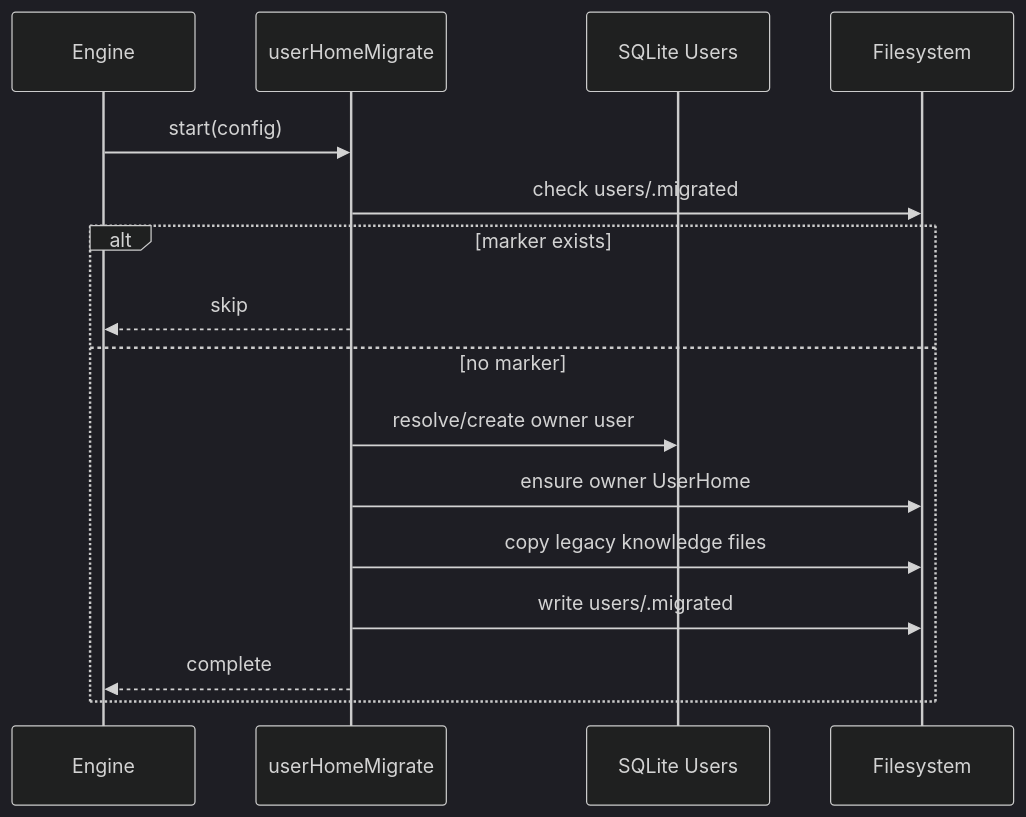
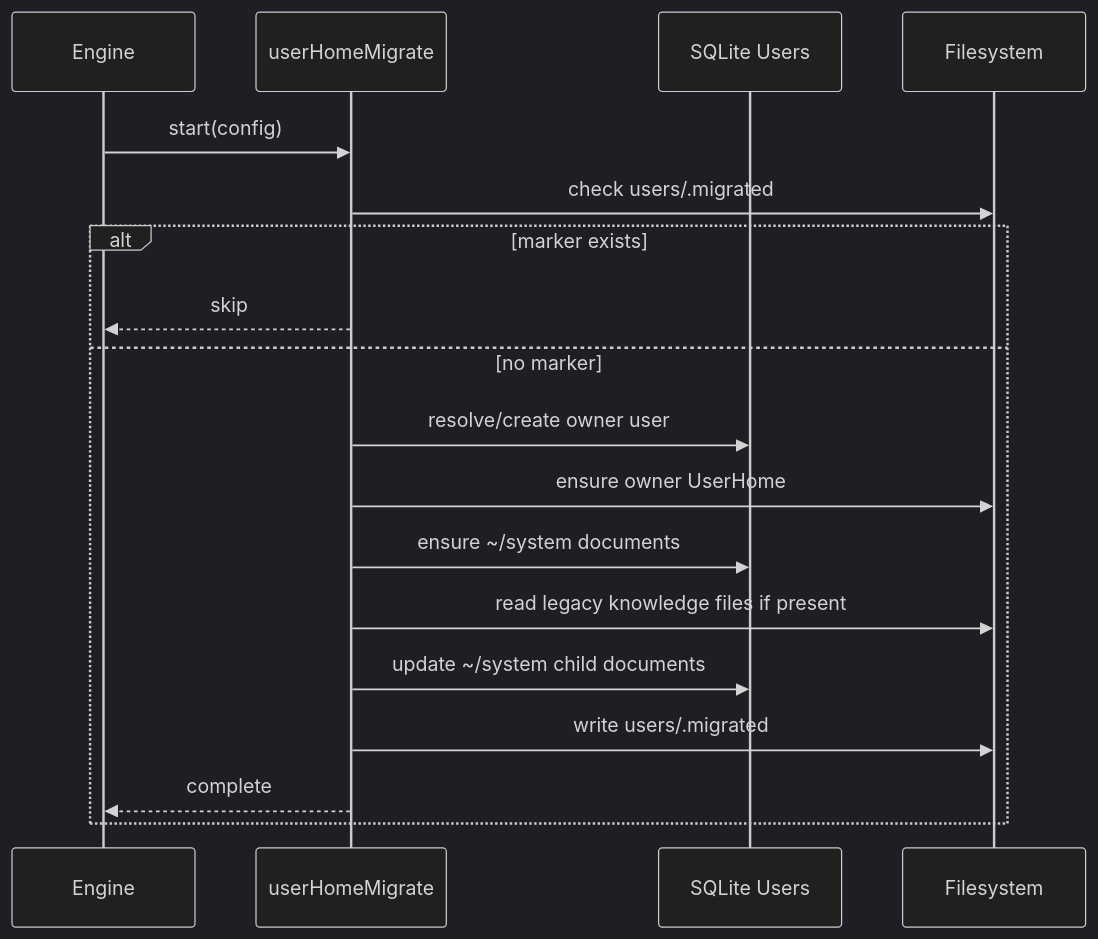
One commit to ex3ndr/daycare changed the second of 2 diagrams in packages/daycare/sources/engine/users/README.md. Above: the diagram before and after it, drawn with Mermaid (dark theme). The commit also changed other lines of this file and 34 other files, not shown here.

Commit message:
refactor(daycare): move system prompts into documents

````diff
--- a/packages/daycare/sources/engine/users/README.md
+++ b/packages/daycare/sources/engine/users/README.md
@@ -56,19 +60,21 @@
 ```mermaid
 sequenceDiagram
     participant Engine
     participant Migrate as userHomeMigrate
     participant DB as SQLite Users
     participant FS as Filesystem
 
     Engine->>Migrate: start(config)
     Migrate->>FS: check users/.migrated
     alt marker exists
         Migrate-->>Engine: skip
     else no marker
         Migrate->>DB: resolve/create owner user
         Migrate->>FS: ensure owner UserHome
-        Migrate->>FS: copy legacy knowledge files
+        Migrate->>DB: ensure ~/system documents
+        Migrate->>FS: read legacy knowledge files if present
+        Migrate->>DB: update ~/system child documents
         Migrate->>FS: write users/.migrated
         Migrate-->>Engine: complete
     end
 ```
````
